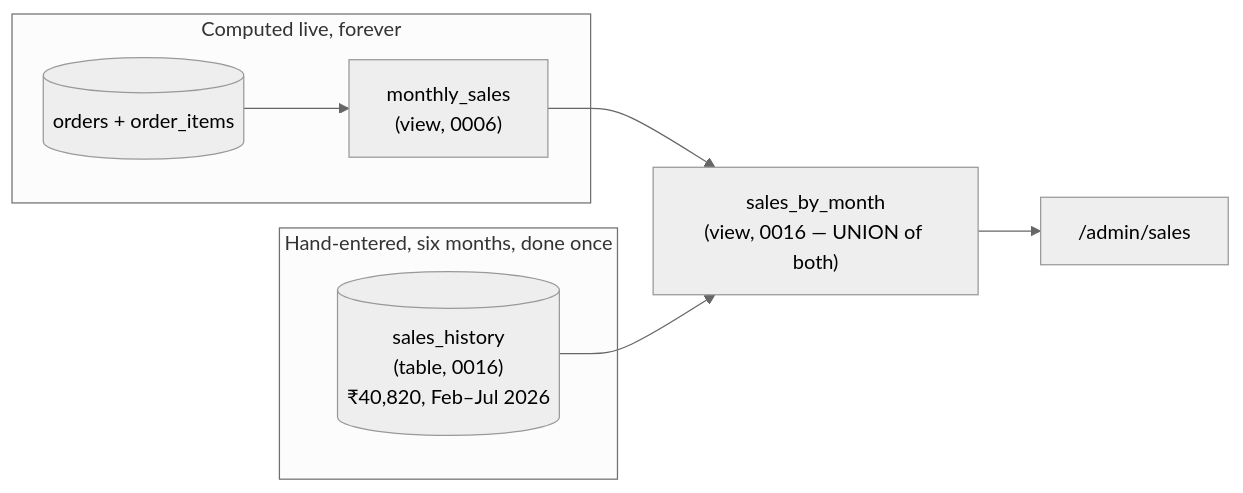
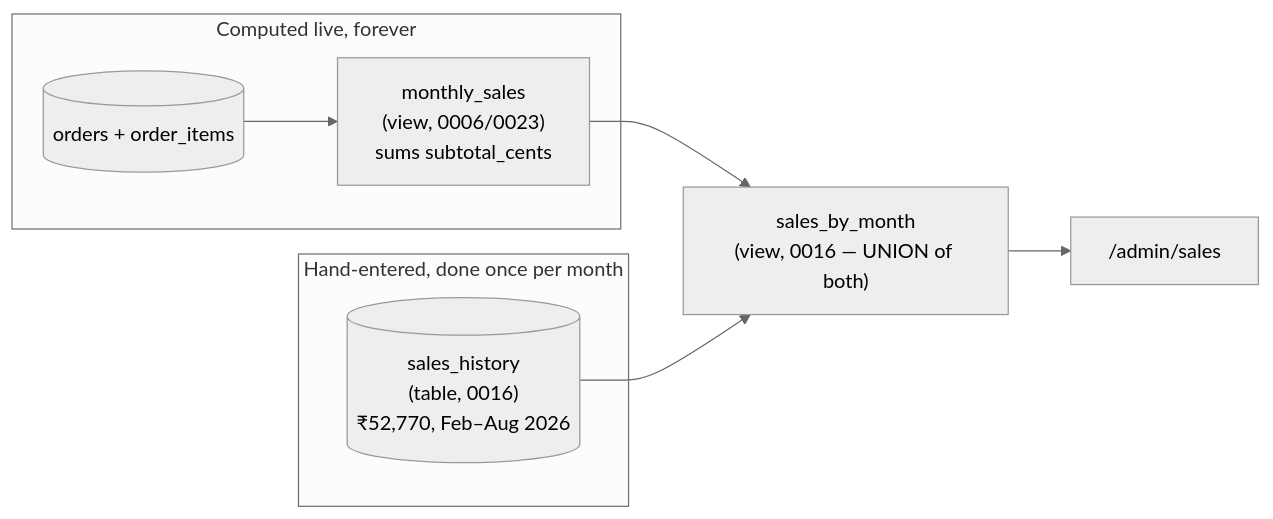
One commit to AnushriKar99/art_speaks changed diagram 12 of 13 in docs/ARCHITECTURE.md. Above: the diagram before and after it, drawn with Mermaid (neutral theme). The commit also changed other lines of this file and 5 other files, not shown here.

````diff
--- a/docs/ARCHITECTURE.md
+++ b/docs/ARCHITECTURE.md
@@ -356,12 +367,12 @@
 ```mermaid
 flowchart LR
     subgraph Live["Computed live, forever"]
-        Orders[("orders + order_items")] --> MS["monthly_sales\n(view, 0006)"]
+        Orders[("orders + order_items")] --> MS["monthly_sales\n(view, 0006/0023)\nsums subtotal_cents"]
     end
-    subgraph Frozen["Hand-entered, six months, done once"]
-        SH[("sales_history\n(table, 0016)\n₹40,820, Feb–Jul 2026")]
+    subgraph Frozen["Hand-entered, done once per month"]
+        SH[("sales_history\n(table, 0016)\n₹52,770, Feb–Aug 2026")]
     end
     MS --> SBM["sales_by_month\n(view, 0016 — UNION of both)"]
     SH --> SBM
     SBM --> SalesPage["/admin/sales"]
 ```
````
